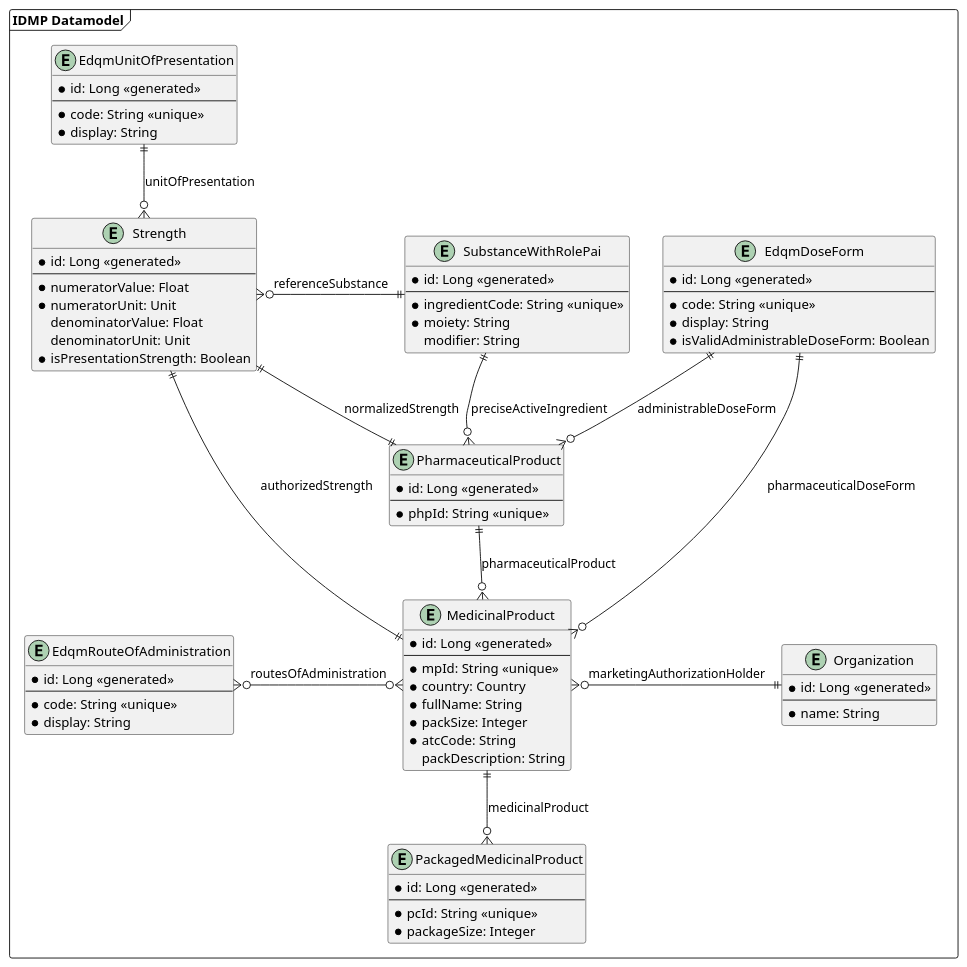
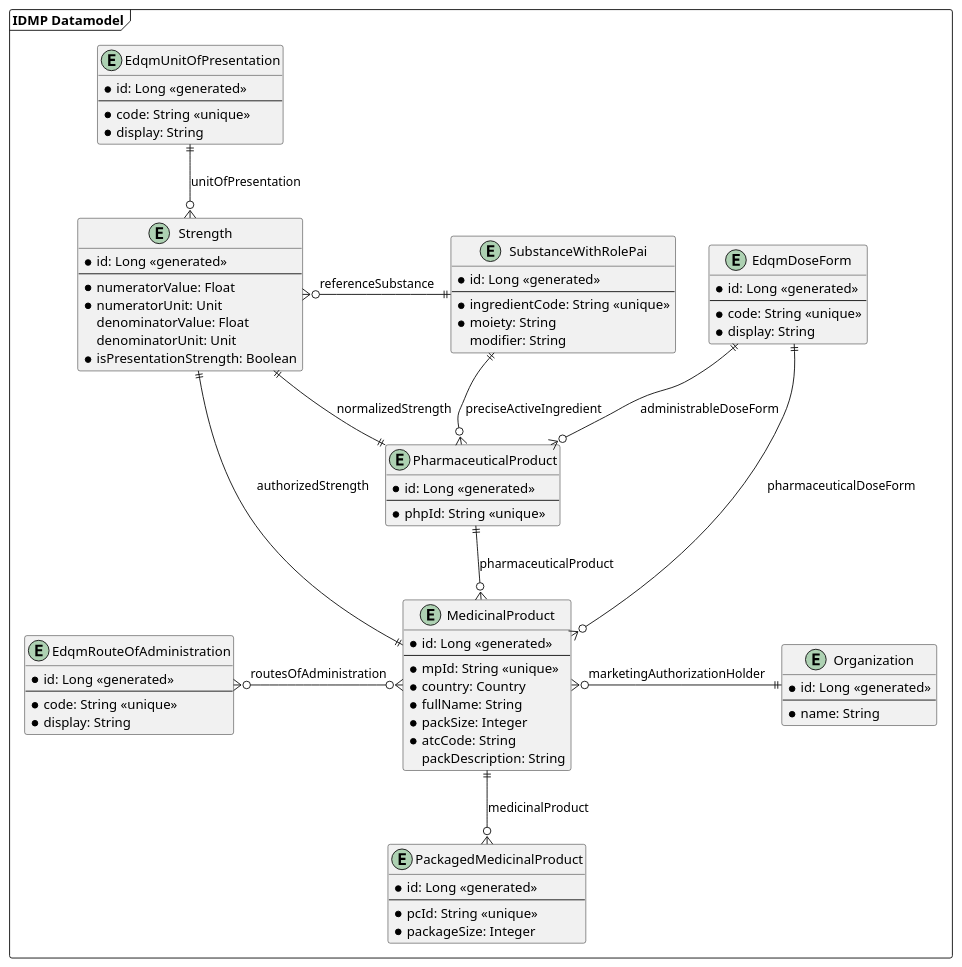
One commit to unicom-project-eu/wp6-db-api changed the diagram in uml/class/datamodel.puml. Above: the diagram before and after it, drawn with PlantUML. The commit also changed 5 other files, not shown here.

Commit message:
Removed isValidAdministrableForm from EdqmDoseForm

```diff
--- a/uml/class/datamodel.puml
+++ b/uml/class/datamodel.puml
@@ -1,93 +1,92 @@
 @startuml
 'https://plantuml.com/class-diagram
 
 package "IDMP Datamodel" as idmpDatamodel <<frame>> {
     entity EdqmRouteOfAdministration {
         * id: Long <<generated>>
         --
         * code: String <<unique>>
         * display: String
     }
 
     entity EdqmUnitOfPresentation {
         * id: Long <<generated>>
         --
         * code: String <<unique>>
         * display: String
     }
 
     together {
         entity EdqmDoseForm {
             * id: Long <<generated>>
             --
             * code: String <<unique>>
             * display: String
-            * isValidAdministrableDoseForm: Boolean
         }
 
         entity Strength {
             * id: Long <<generated>>
             --
             * numeratorValue: Float
             * numeratorUnit: Unit
             denominatorValue: Float
             denominatorUnit: Unit
             * isPresentationStrength: Boolean
         }
 
         entity SubstanceWithRolePai {
             * id: Long <<generated>>
             --
             * ingredientCode: String <<unique>>
             * moiety: String
             modifier: String
         }
     }
 
     entity PharmaceuticalProduct {
         * id: Long <<generated>>
         --
         * phpId: String <<unique>>
     }
 
     entity MedicinalProduct {
         * id: Long <<generated>>
         --
         * mpId: String <<unique>>
         * country: Country
         * fullName: String
         * packSize: Integer
         * atcCode: String
         packDescription: String
     }
 
     entity PackagedMedicinalProduct {
         * id: Long <<generated>>
         --
         * pcId: String <<unique>>
         * packageSize: Integer
     }
 
     entity Organization {
         * id: Long <<generated>>
         --
         * name: String
     }
 
     SubstanceWithRolePai ||------o{ PharmaceuticalProduct : preciseActiveIngredient
     EdqmDoseForm ||--o{ PharmaceuticalProduct : administrableDoseForm
     Strength ||--|| PharmaceuticalProduct : normalizedStrength
 
     PharmaceuticalProduct ||--o{ MedicinalProduct : pharmaceuticalProduct
 
     MedicinalProduct ||--o{ PackagedMedicinalProduct : medicinalProduct
     MedicinalProduct }o--|| EdqmDoseForm : pharmaceuticalDoseForm
     MedicinalProduct ||--|| Strength : authorizedStrength
     EdqmRouteOfAdministration }o-o{ MedicinalProduct : routesOfAdministration
     EdqmUnitOfPresentation ||--o{ Strength: unitOfPresentation
 
     MedicinalProduct }o-|| Organization : marketingAuthorizationHolder
 
     Strength }o-|| SubstanceWithRolePai : referenceSubstance
 }
 @enduml
```
